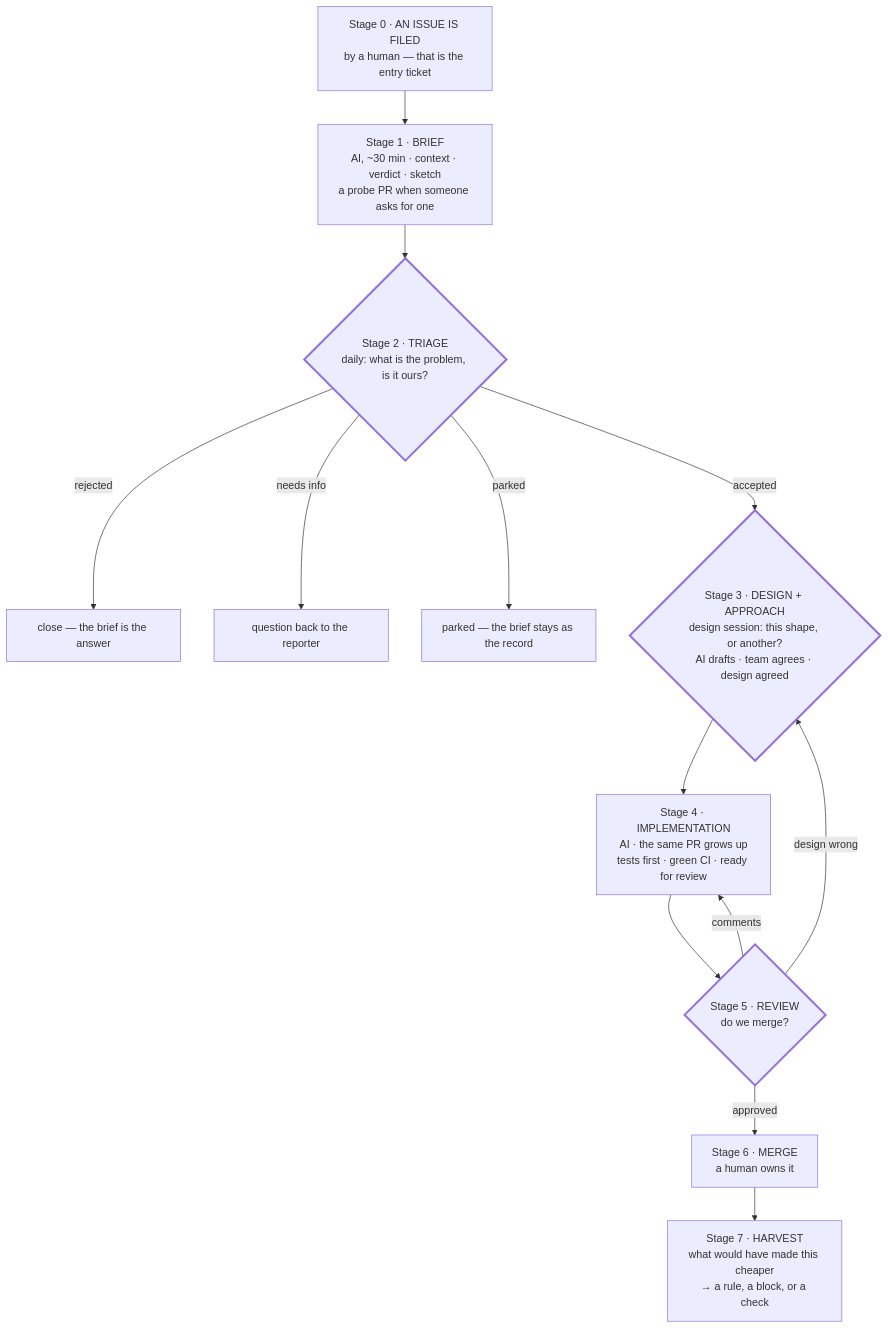
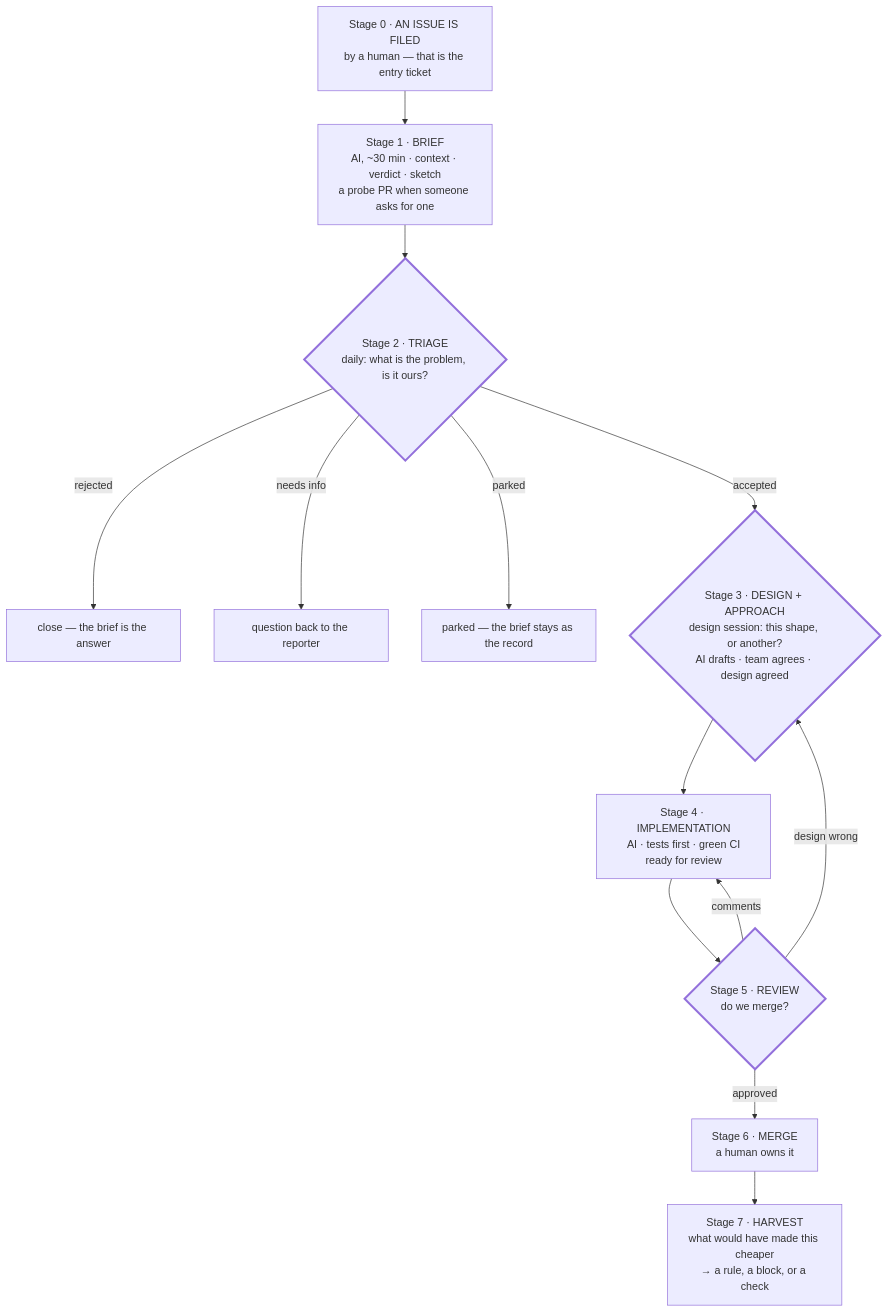
One commit to vaadin/flow changed the diagram in AI_WORKFLOW.md. Above: the diagram before and after it, drawn with Mermaid. The commit also changed other lines of this file, not shown here.

````diff
--- a/AI_WORKFLOW.md
+++ b/AI_WORKFLOW.md
@@ -315,26 +310,26 @@
 ```mermaid
 flowchart TD
     S0["Stage 0 · AN ISSUE IS FILED<br/>by a human — that is the entry ticket"]
     S1["Stage 1 · BRIEF<br/>AI, ~30 min · context · verdict · sketch<br/>a probe PR when someone asks for one"]
     S2{"Stage 2 · TRIAGE<br/>daily: what is the problem, is it ours?"}
     RJ["close — the brief is the answer"]
     NI["question back to the reporter"]
     PK["parked — the brief stays as the record"]
     S3{"Stage 3 · DESIGN + APPROACH<br/>design session: this shape, or another?<br/>AI drafts · team agrees · design agreed"}
-    S4["Stage 4 · IMPLEMENTATION<br/>AI · the same PR grows up<br/>tests first · green CI · ready for review"]
+    S4["Stage 4 · IMPLEMENTATION<br/>AI · tests first · green CI<br/>ready for review"]
     S5{"Stage 5 · REVIEW<br/>do we merge?"}
     S6["Stage 6 · MERGE<br/>a human owns it"]
     S7["Stage 7 · HARVEST<br/>what would have made this cheaper<br/>→ a rule, a block, or a check"]
 
     S0 --> S1 --> S2
     S2 -- rejected --> RJ
     S2 -- needs info --> NI
     S2 -- parked --> PK
     S2 -- accepted --> S3 --> S4 --> S5
     S5 -- comments --> S4
     S5 -- design wrong --> S3
     S5 -- approved --> S6 --> S7
 
     classDef decision stroke-width:3px;
     class S2,S3,S5 decision;
 ```
````
